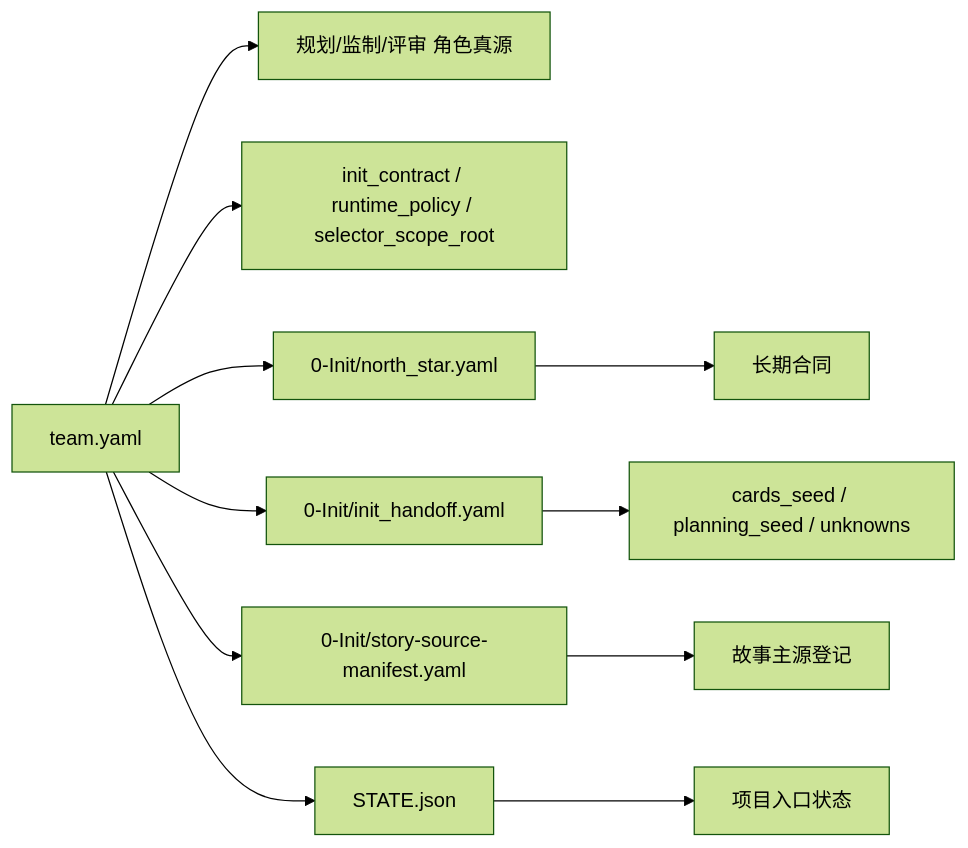
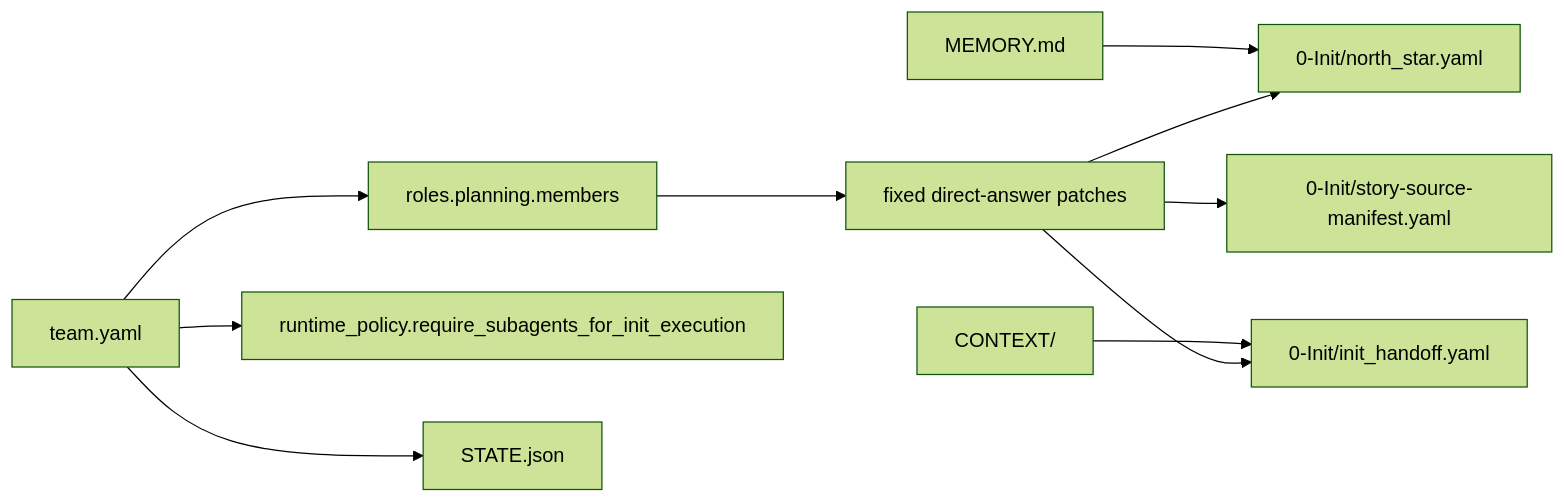
One commit to ZEN-VOID/AI-CUT changed the third of 3 diagrams in .agents/skills/story/0-Init/SKILL.md. Above: the diagram before and after it, drawn with Mermaid (forest theme). The commit also changed other lines of this file and 526 other files, not shown here.

````diff
--- a/.agents/skills/story/0-Init/SKILL.md
+++ b/.agents/skills/story/0-Init/SKILL.md
@@ -142,13 +129,12 @@
 ```mermaid
 flowchart LR
-    A["team.yaml"] --> B["规划/监制/评审 角色真源"]
-    A --> C["init_contract / runtime_policy / selector_scope_root"]
-    F["0-Init/north_star.yaml"] --> G["长期合同"]
-    S["0-Init/story-source-manifest.yaml"] --> T["故事主源登记"]
-    H["0-Init/init_handoff.yaml"] --> I["cards_seed / planning_seed / unknowns"]
-    J["STATE.json"] --> K["项目入口状态"]
-    A --> F
-    A --> H
-    A --> S
-    A --> J
+    T["team.yaml"] --> P["roles.planning.members"]
+    T --> R["runtime_policy.require_subagents_for_init_execution"]
+    P --> D["fixed direct-answer patches"]
+    D --> N["0-Init/north_star.yaml"]
+    D --> H["0-Init/init_handoff.yaml"]
+    D --> S["0-Init/story-source-manifest.yaml"]
+    T --> State["STATE.json"]
+    M["MEMORY.md"] --> N
+    C["CONTEXT/"] --> H
 ```
````
